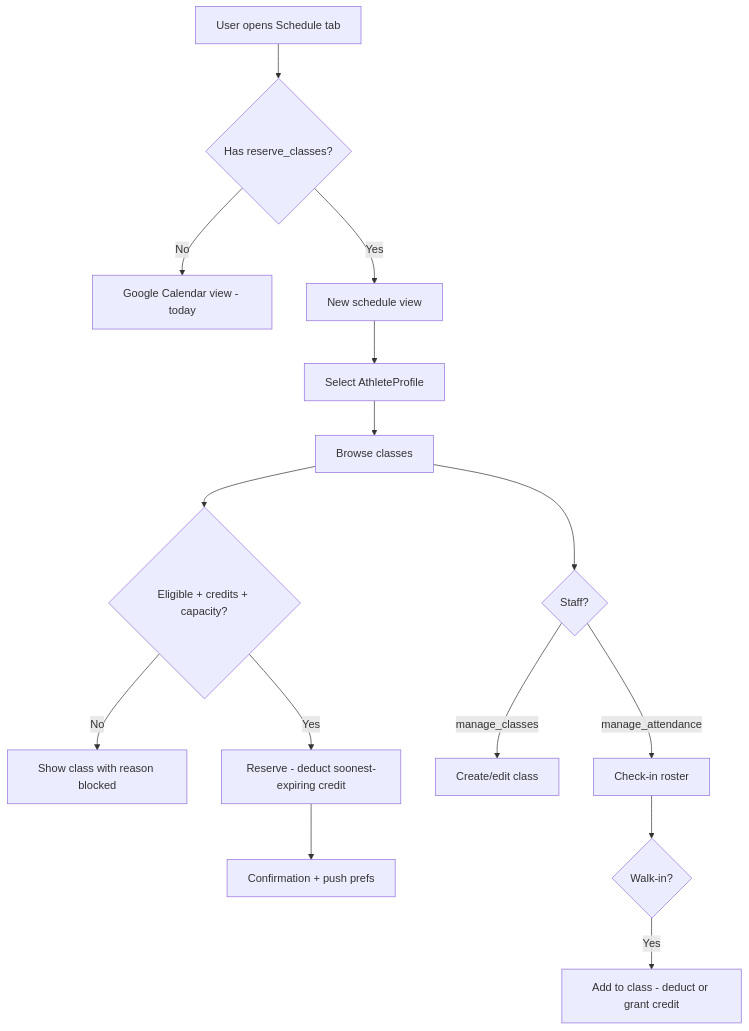
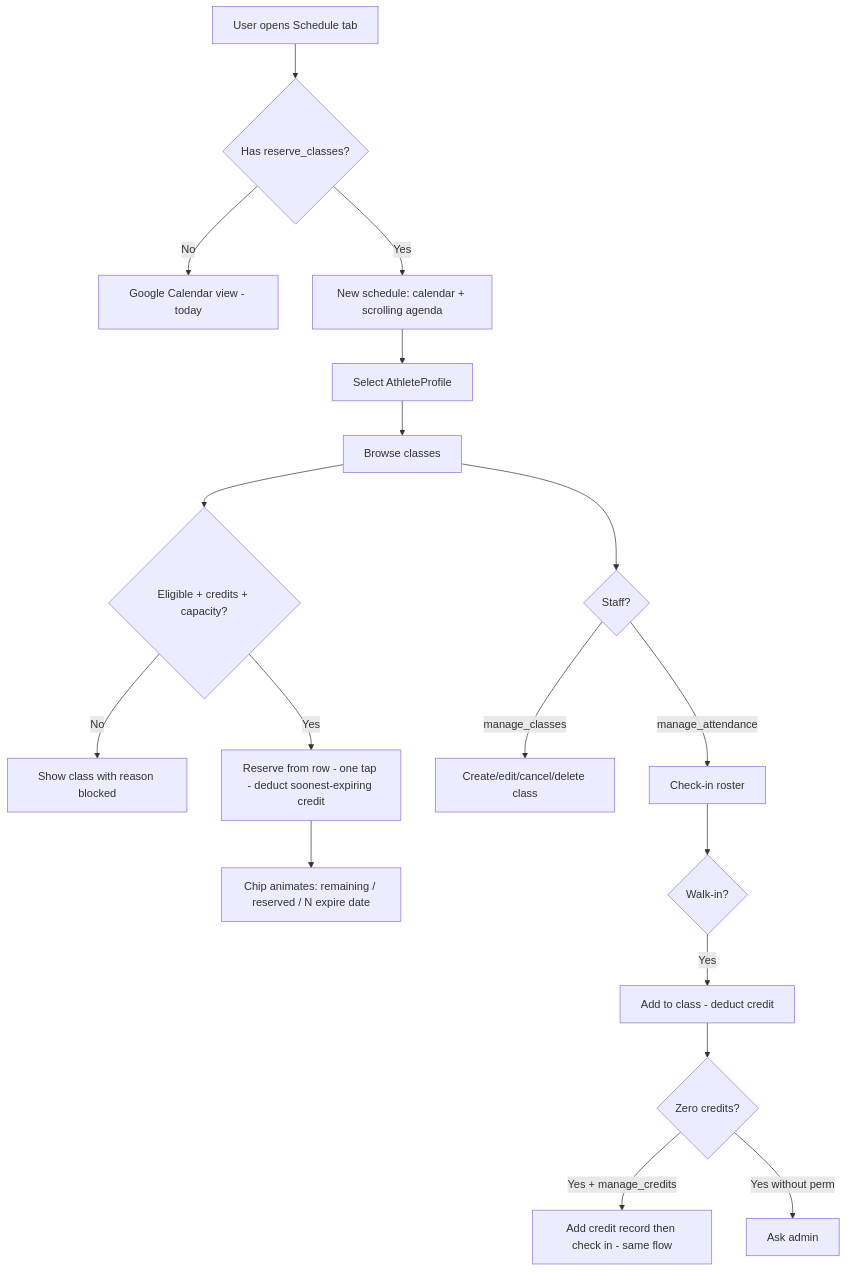
Before and after one commit to timsantosa/dcvault: the diagram in docs/CLASS_RESERVATION_SYSTEM.md, drawn with Mermaid. The commit also changed other lines of this file and 7 other files, not shown here.

````diff
--- a/docs/CLASS_RESERVATION_SYSTEM.md
+++ b/docs/CLASS_RESERVATION_SYSTEM.md
@@ -547,17 +819,20 @@
 ```mermaid
 flowchart TD
     A[User opens Schedule tab] --> B{Has reserve_classes?}
     B -->|No| C[Google Calendar view - today]
-    B -->|Yes| D[New schedule view]
+    B -->|Yes| D[New schedule: calendar + scrolling agenda]
     D --> E[Select AthleteProfile]
     E --> F[Browse classes]
     F --> G{Eligible + credits + capacity?}
     G -->|No| H[Show class with reason blocked]
-    G -->|Yes| I[Reserve - deduct soonest-expiring credit]
-    I --> J[Confirmation + push prefs]
+    G -->|Yes| I[Reserve from row - one tap - deduct soonest-expiring credit]
+    I --> J[Chip animates: remaining / reserved / N expire date]
     F --> K{Staff?}
-    K -->|manage_classes| L[Create/edit class]
+    K -->|manage_classes| L[Create/edit/cancel/delete class]
     K -->|manage_attendance| M[Check-in roster]
     M --> N{Walk-in?}
-    N -->|Yes| O[Add to class - deduct or grant credit]
+    N -->|Yes| O[Add to class - deduct credit]
+    O --> P{Zero credits?}
+    P -->|Yes + manage_credits| Q[Add credit record then check in - same flow]
+    P -->|Yes without perm| R[Ask admin]
 ```
````
